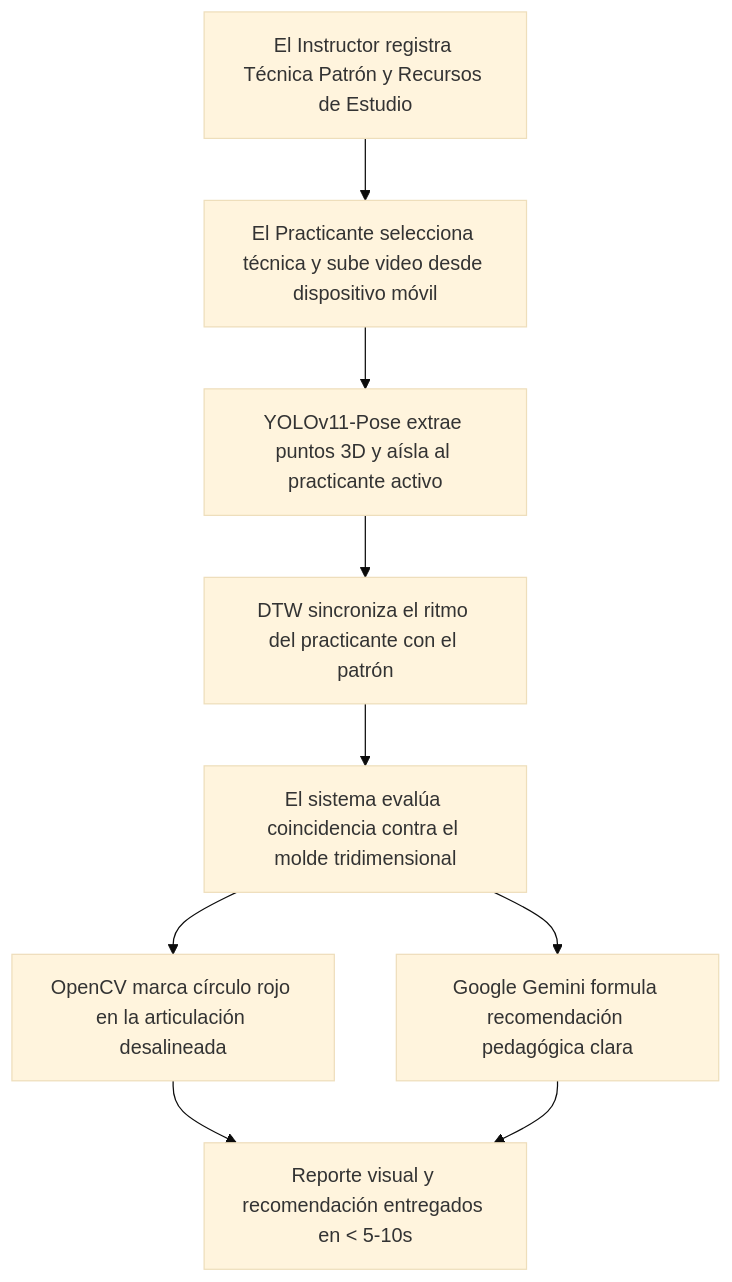
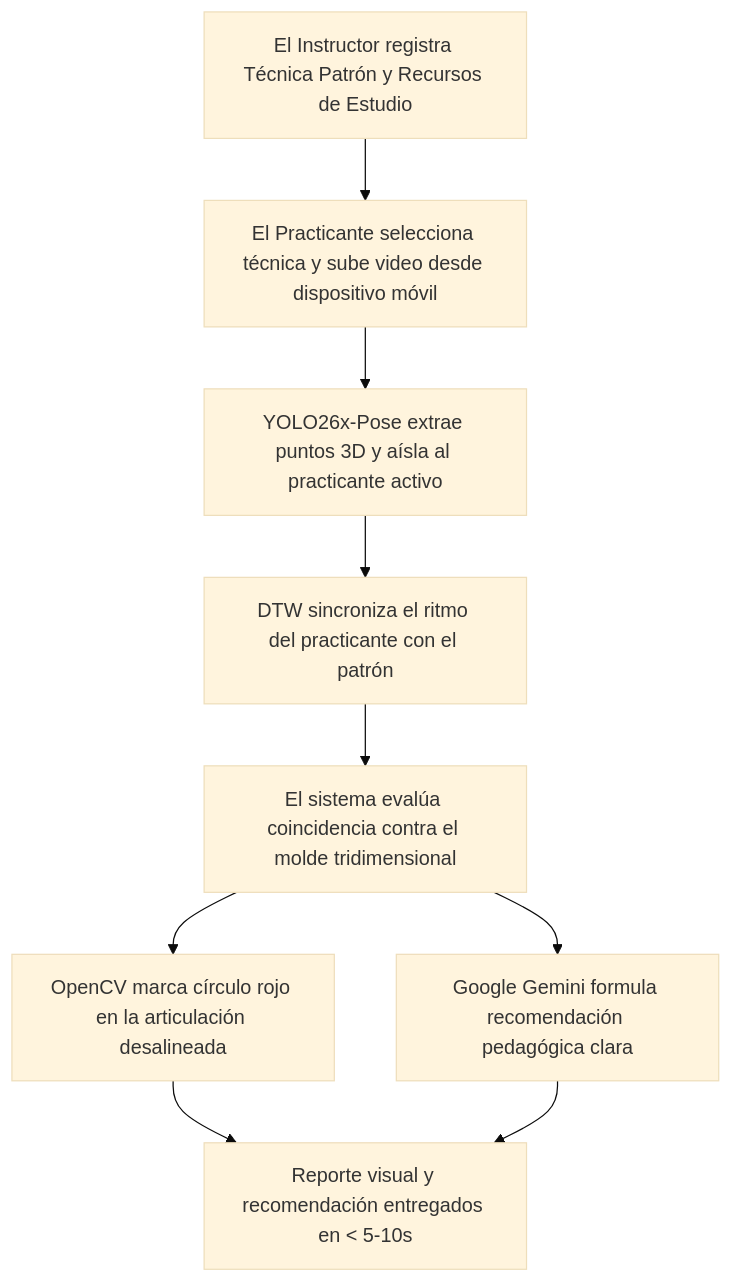
One commit to Tsmrain/JiuJitsu changed the second of 5 diagrams in README.md. Above: the diagram before and after it, drawn with Mermaid (base theme). The commit also changed other lines of this file, not shown here.

````diff
--- a/README.md
+++ b/README.md
@@ -321,11 +224,11 @@
 ```mermaid
 flowchart TD
     A[El Instructor registra Técnica Patrón y Recursos de Estudio] --> B[El Practicante selecciona técnica y sube video desde dispositivo móvil]
-    B --> C[YOLOv11-Pose extrae puntos 3D y aísla al practicante activo]
+    B --> C[YOLO26x-Pose extrae puntos 3D y aísla al practicante activo]
     C --> D[DTW sincroniza el ritmo del practicante con el patrón]
     D --> E[El sistema evalúa coincidencia contra el molde tridimensional]
     E --> F[OpenCV marca círculo rojo en la articulación desalineada]
     E --> G[Google Gemini formula recomendación pedagógica clara]
     F --> H[Reporte visual y recomendación entregados en < 5-10s]
     G --> H
 ```
````
